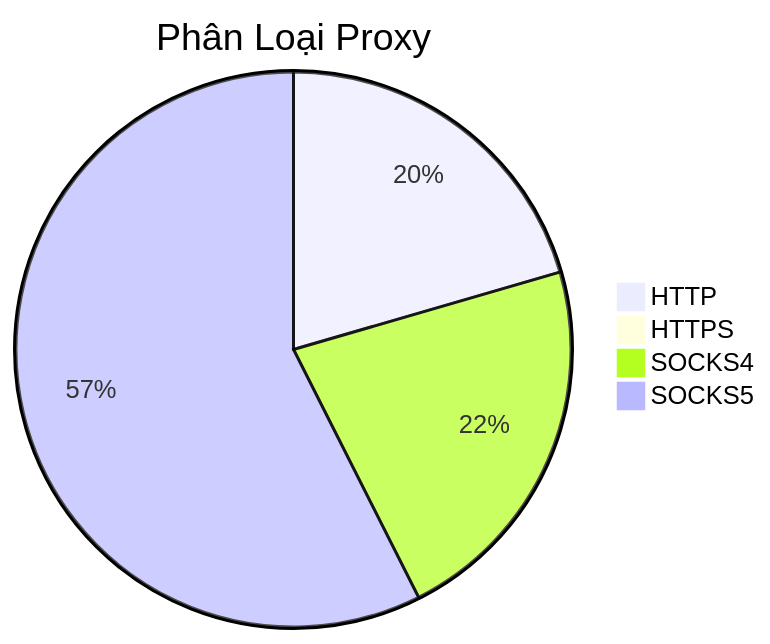
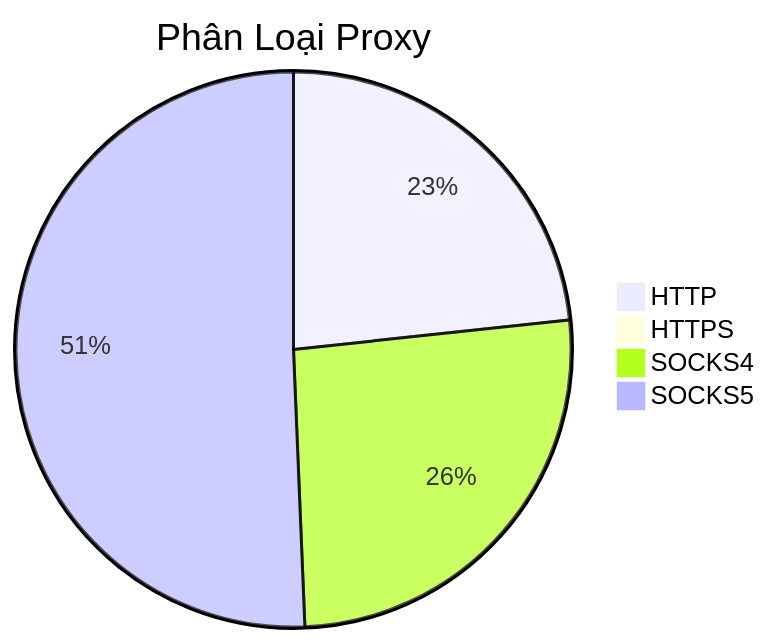
One commit to Ciara-Aa/PROXY-free changed the diagram in README.md. Above: the diagram before and after it, drawn with Mermaid. The commit also changed other lines of this file and 4 other files, not shown here.

````diff
--- a/README.md
+++ b/README.md
@@ -26,7 +26,7 @@
 ```mermaid
 pie title Phân Loại Proxy
-    "HTTP" : 197
+    "HTTP" : 196
     "HTTPS" : 2
-    "SOCKS4" : 212
-    "SOCKS5" : 552
+    "SOCKS4" : 219
+    "SOCKS5" : 426
 ```
````
